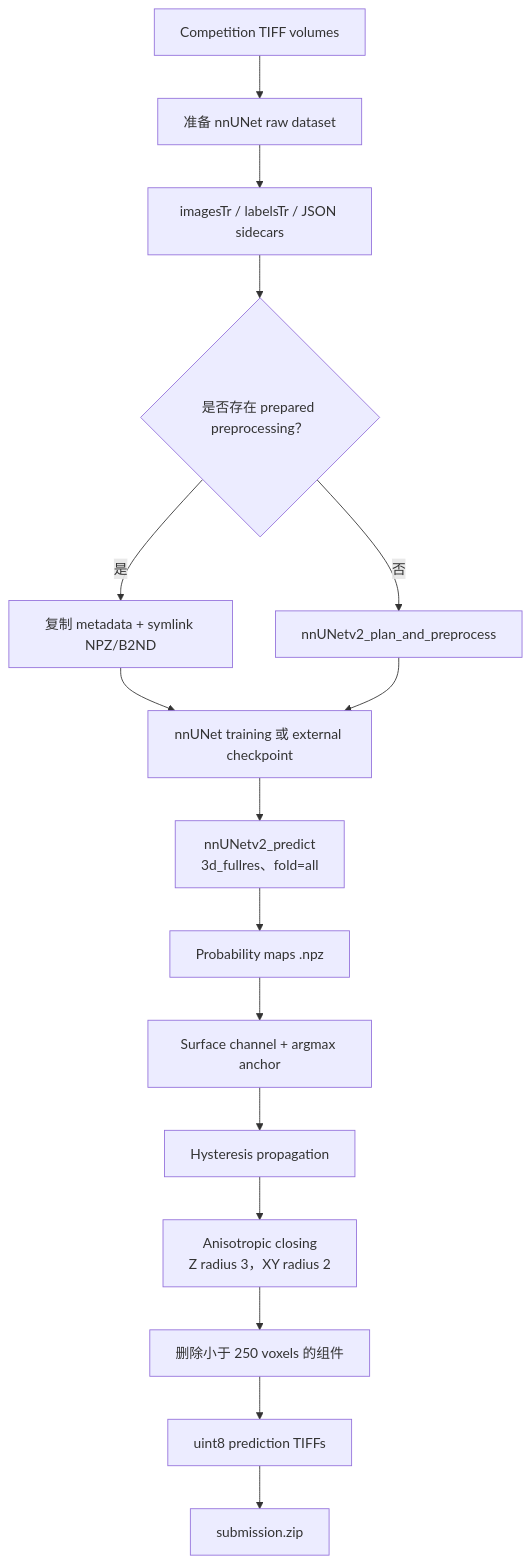
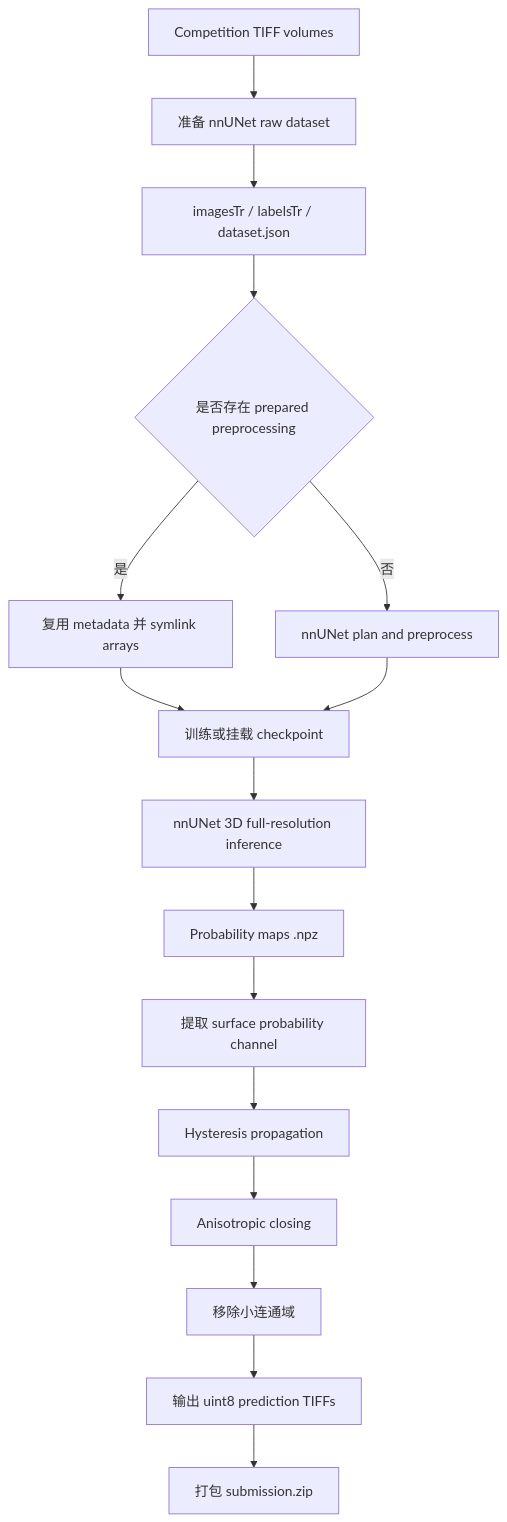
One commit to huajianv587/vesuvius-challenge-surface-detection_huajian changed the diagram in README_zh.md. Above: the diagram before and after it, drawn with Mermaid. The commit also changed other lines of this file and 1 other file, not shown here.

````diff
--- a/README_zh.md
+++ b/README_zh.md
@@ -41,18 +37,18 @@
 ```mermaid
 graph TD
     A[Competition TIFF volumes] --> B[准备 nnUNet raw dataset]
-    B --> C[imagesTr / labelsTr / JSON sidecars]
-    C --> D{是否存在 prepared preprocessing？}
-    D -->|是| E[复制 metadata + symlink NPZ/B2ND]
-    D -->|否| F[nnUNetv2_plan_and_preprocess]
-    E --> G[nnUNet training 或 external checkpoint]
+    B --> C[imagesTr / labelsTr / dataset.json]
+    C --> D{是否存在 prepared preprocessing}
+    D -->|是| E[复用 metadata 并 symlink arrays]
+    D -->|否| F[nnUNet plan and preprocess]
+    E --> G[训练或挂载 checkpoint]
     F --> G
-    G --> H[nnUNetv2_predict\n3d_fullres、fold=all]
+    G --> H[nnUNet 3D full-resolution inference]
     H --> I[Probability maps .npz]
-    I --> J[Surface channel + argmax anchor]
+    I --> J[提取 surface probability channel]
     J --> K[Hysteresis propagation]
-    K --> L[Anisotropic closing\nZ radius 3，XY radius 2]
-    L --> M[删除小于 250 voxels 的组件]
-    M --> N[uint8 prediction TIFFs]
-    N --> O[submission.zip]
+    K --> L[Anisotropic closing]
+    L --> M[移除小连通域]
+    M --> N[输出 uint8 prediction TIFFs]
+    N --> O[打包 submission.zip]
 ```
````
